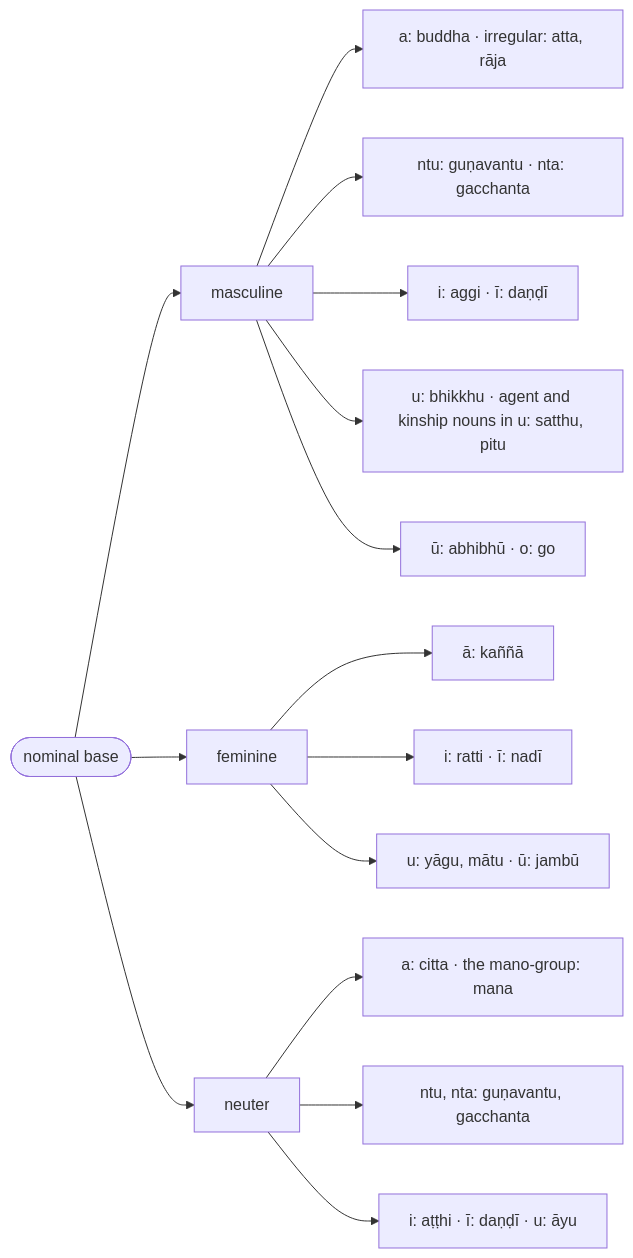
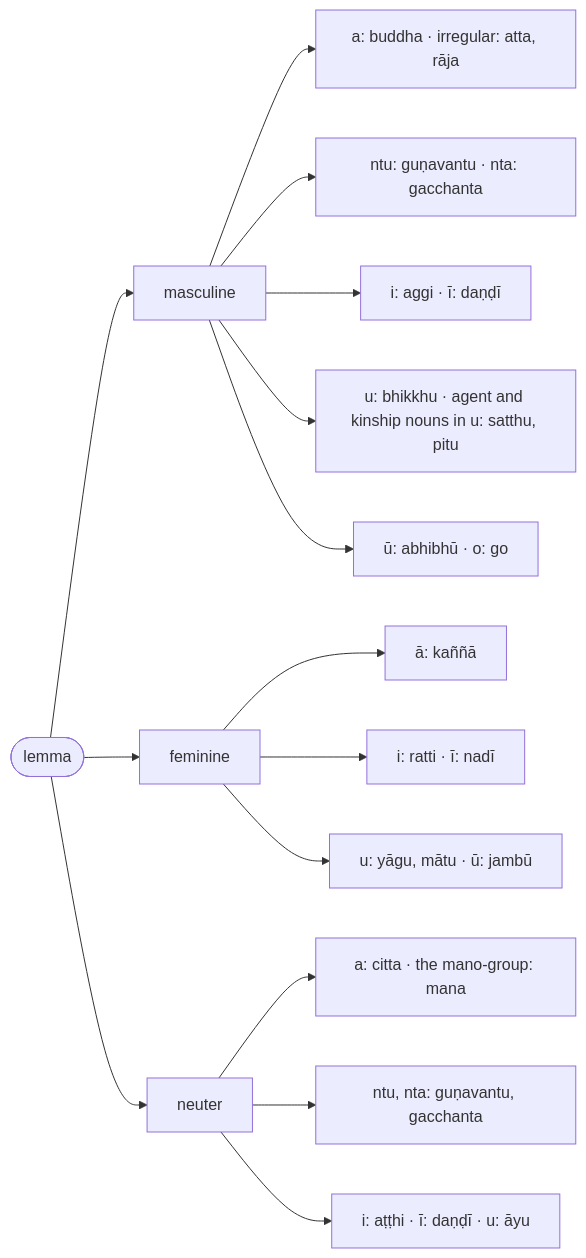
The first of 2 diagrams in src/content/docs/balavatara/2-nama.mdx (kaccayana/kaccayana.github.io), drawn with Mermaid before and after one commit. The commit also changed other lines of this file and 19 other files, not shown here.

````diff
--- a/src/content/docs/balavatara/2-nama.mdx
+++ b/src/content/docs/balavatara/2-nama.mdx
@@ -61,17 +61,17 @@
 ```mermaid
 flowchart LR
-  N(["nominal base"]) --> M["masculine"]
+  N(["lemma"]) --> M["masculine"]
   N --> F["feminine"]
   N --> U["neuter"]
   M --> M1["a: buddha · irregular: atta, rāja"]
   M --> M2["ntu: guṇavantu · nta: gacchanta"]
   M --> M3["i: aggi · ī: daṇḍī"]
   M --> M4["u: bhikkhu · agent and kinship nouns in u: satthu, pitu"]
   M --> M5["ū: abhibhū · o: go"]
   F --> F1["ā: kaññā"]
   F --> F2["i: ratti · ī: nadī"]
   F --> F3["u: yāgu, mātu · ū: jambū"]
   U --> U1["a: citta · the mano-group: mana"]
   U --> U2["ntu, nta: guṇavantu, gacchanta"]
   U --> U3["i: aṭṭhi · ī: daṇḍī · u: āyu"]
 ```
````
